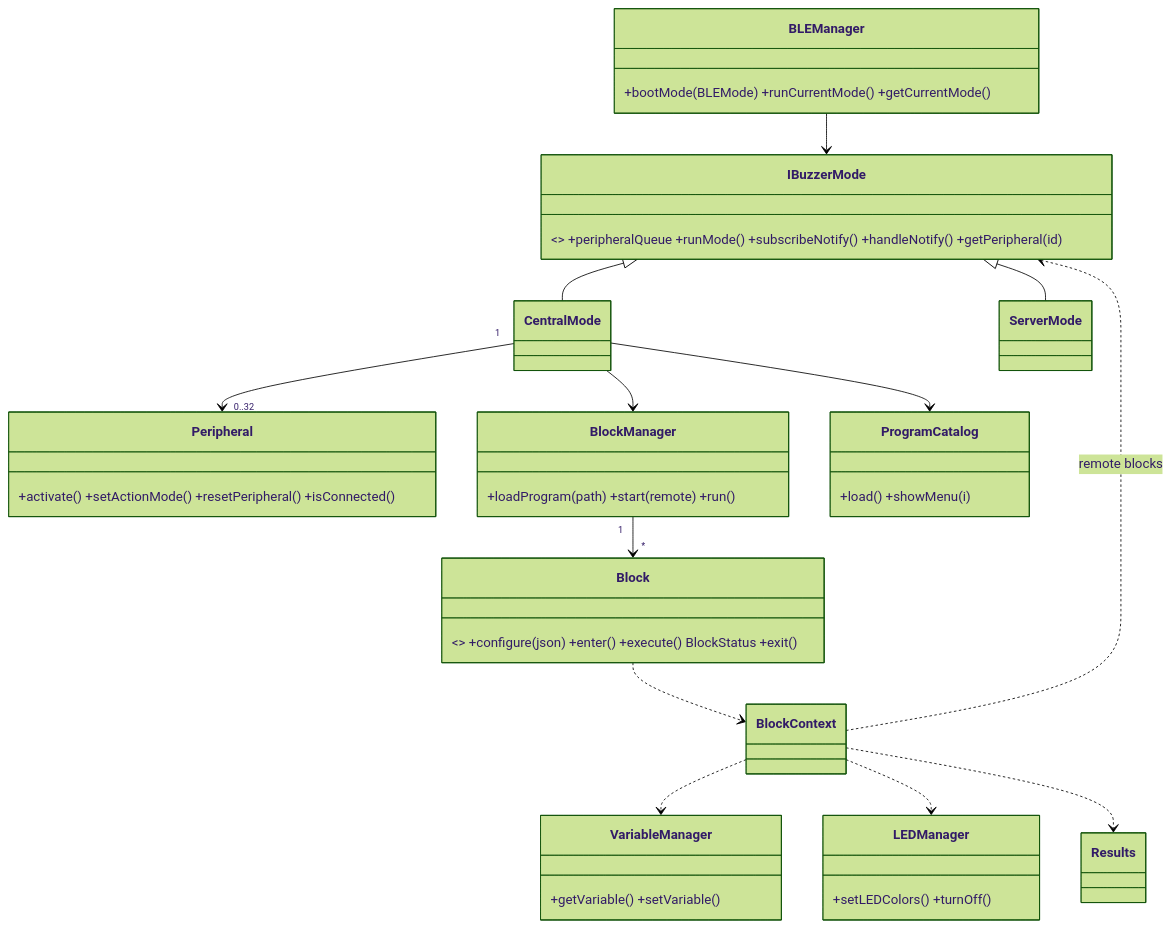
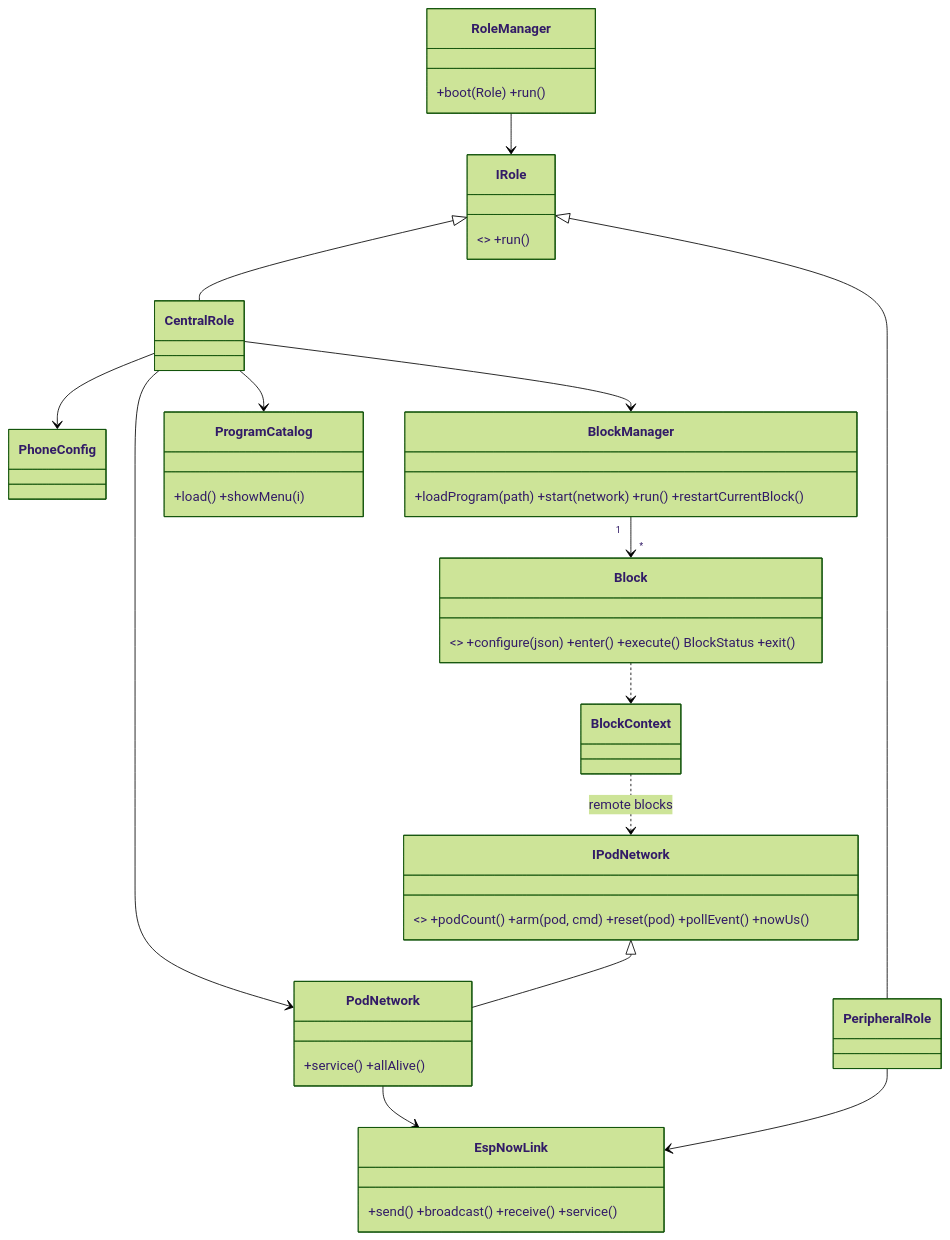
Before and after one commit to RunningJoke/reactionButton: the first of 4 diagrams in doc/architecture.md, drawn with Mermaid (forest theme). The commit also changed other lines of this file and 11 other files, not shown here.

First line of the commit message:
Update documentation for ESP-NOW, sync, config API and testing

````diff
--- a/doc/architecture.md
+++ b/doc/architecture.md
@@ -65,28 +80,29 @@
 ```mermaid
 classDiagram
-    class BLEManager { +bootMode(BLEMode) +runCurrentMode() +getCurrentMode() }
-    class IBuzzerMode { <<interface>> +peripheralQueue +runMode() +subscribeNotify() +handleNotify() +getPeripheral(id) }
-    class CentralMode
-    class ServerMode
-    class Peripheral { +activate() +setActionMode() +resetPeripheral() +isConnected() }
-    class BlockManager { +loadProgram(path) +start(remote) +run() }
+    class RoleManager { +boot(Role) +run() }
+    class IRole { <<interface>> +run() }
+    class CentralRole
+    class PeripheralRole
+    class PodNetwork { +service() +allAlive() }
+    class IPodNetwork { <<interface>> +podCount() +arm(pod, cmd) +reset(pod) +pollEvent() +nowUs() }
+    class EspNowLink { +send() +broadcast() +receive() +service() }
+    class PhoneConfig
+    class BlockManager { +loadProgram(path) +start(network) +run() +restartCurrentBlock() }
     class ProgramCatalog { +load() +showMenu(i) }
     class Block { <<abstract>> +configure(json) +enter() +execute() BlockStatus +exit() }
     class BlockContext
-    class Results
-    class VariableManager { +getVariable() +setVariable() }
-    class LEDManager { +setLEDColors() +turnOff() }
 
-    BLEManager --> IBuzzerMode
-    IBuzzerMode <|-- CentralMode
-    IBuzzerMode <|-- ServerMode
-    CentralMode "1" --> "0..32" Peripheral
-    CentralMode --> ProgramCatalog
-    CentralMode --> BlockManager
+    RoleManager --> IRole
+    IRole <|-- CentralRole
+    IRole <|-- PeripheralRole
+    CentralRole --> PodNetwork
+    CentralRole --> PhoneConfig
+    CentralRole --> ProgramCatalog
+    CentralRole --> BlockManager
+    IPodNetwork <|-- PodNetwork
+    PodNetwork --> EspNowLink
+    PeripheralRole --> EspNowLink
     BlockManager "1" --> "*" Block
     Block ..> BlockContext
-    BlockContext ..> VariableManager
-    BlockContext ..> LEDManager
-    BlockContext ..> Results
-    BlockContext ..> IBuzzerMode : remote blocks
+    BlockContext ..> IPodNetwork : remote blocks
 ```
````
